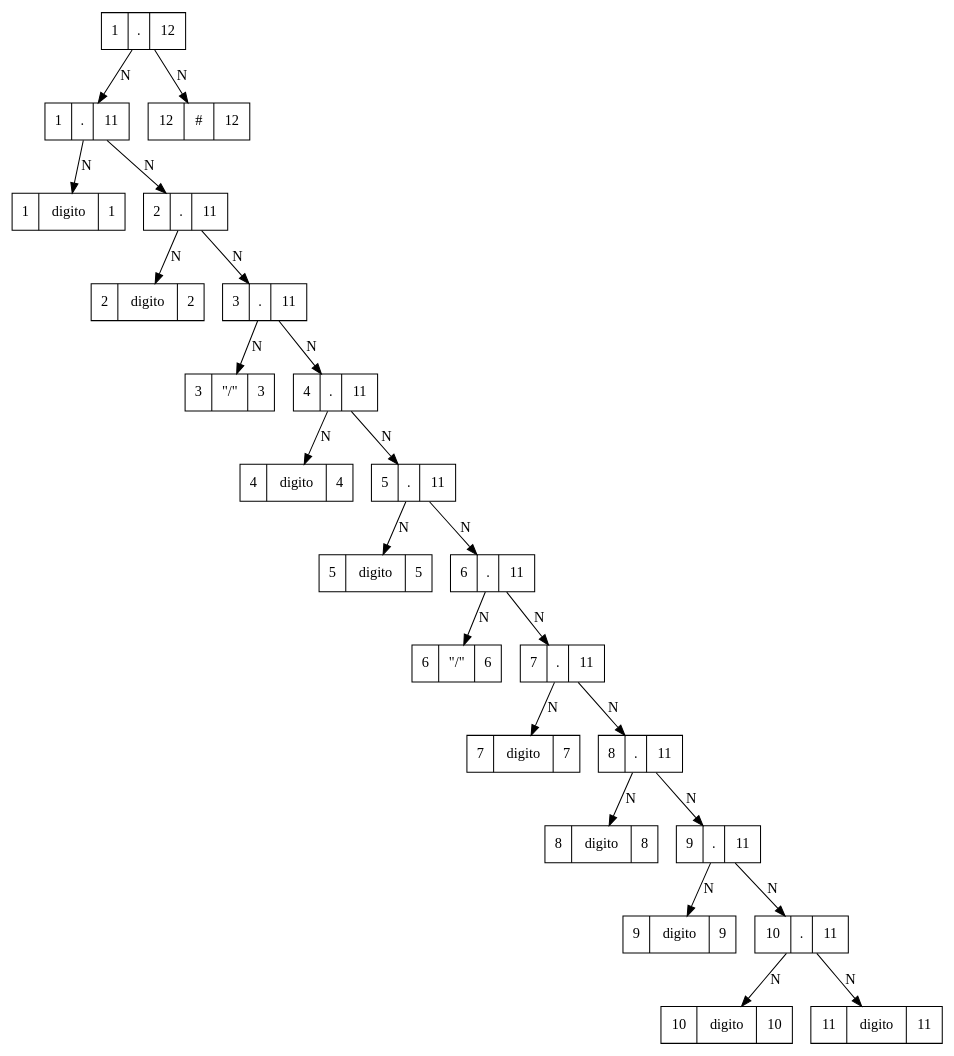
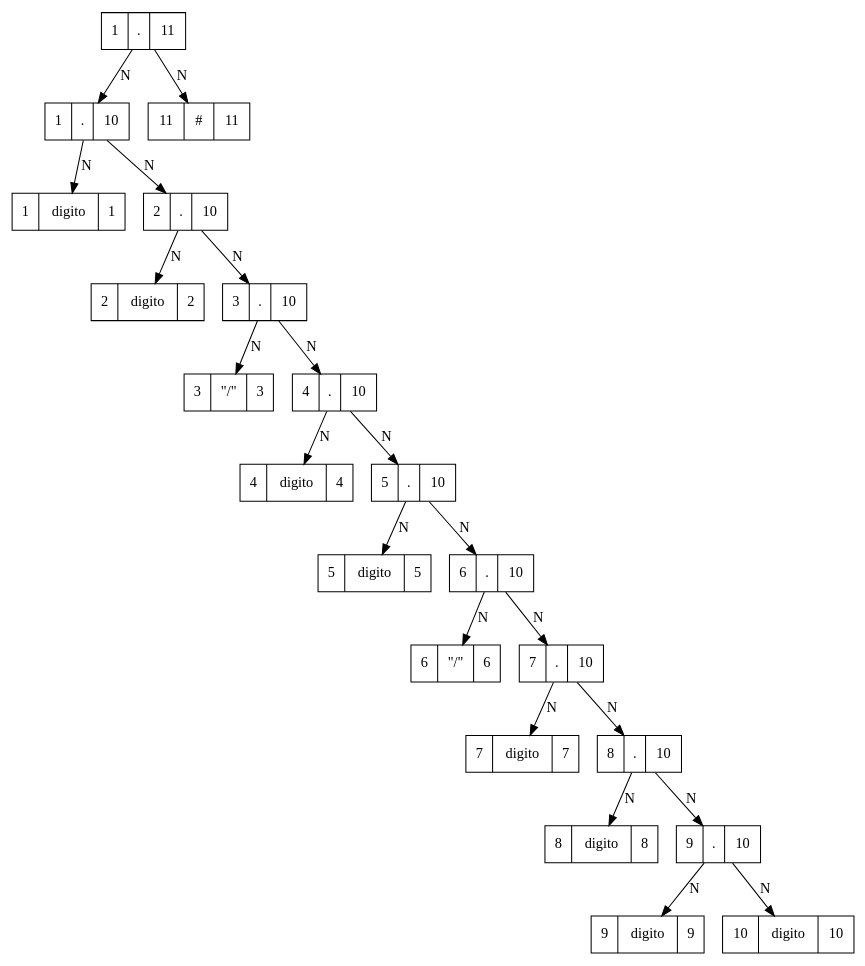
One commit to Gerson7w7/COMPI1_Proyecto1_202000166 changed the diagram in Proyecto1_COMPI1/REPORTES/ARBOLES_202000166/fecha.dot. Above: the diagram before and after it, drawn with Graphviz. The commit also changed 22 other files, not shown here.

```diff
--- a/Proyecto1_COMPI1/REPORTES/ARBOLES_202000166/fecha.dot
+++ b/Proyecto1_COMPI1/REPORTES/ARBOLES_202000166/fecha.dot
@@ -1,49 +1,45 @@
 digraph arbol {
-n1[shape="record" label="1| . |12"]
-n3[shape="record" label="1| . |11"]
+n1[shape="record" label="1| . |11"]
+n3[shape="record" label="1| . |10"]
 n4[shape="record" label="1| {digito} |1"]
-n5[shape="record" label="2| . |11"]
+n5[shape="record" label="2| . |10"]
 n6[shape="record" label="2| {digito} |2"]
-n7[shape="record" label="3| . |11"]
+n7[shape="record" label="3| . |10"]
 n8[shape="record" label="3| \"/\" |3"]
-n9[shape="record" label="4| . |11"]
+n9[shape="record" label="4| . |10"]
 n10[shape="record" label="4| {digito} |4"]
-n11[shape="record" label="5| . |11"]
+n11[shape="record" label="5| . |10"]
 n12[shape="record" label="5| {digito} |5"]
-n13[shape="record" label="6| . |11"]
+n13[shape="record" label="6| . |10"]
 n14[shape="record" label="6| \"/\" |6"]
-n15[shape="record" label="7| . |11"]
+n15[shape="record" label="7| . |10"]
 n16[shape="record" label="7| {digito} |7"]
-n17[shape="record" label="8| . |11"]
+n17[shape="record" label="8| . |10"]
 n18[shape="record" label="8| {digito} |8"]
-n19[shape="record" label="9| . |11"]
+n19[shape="record" label="9| . |10"]
 n20[shape="record" label="9| {digito} |9"]
-n21[shape="record" label="10| . |11"]
-n22[shape="record" label="10| {digito} |10"]
-n23[shape="record" label="11| {digito} |11"]
-n2[shape="record" label="12| # |12"]
+n21[shape="record" label="10| {digito} |10"]
+n2[shape="record" label="11| # |11"]
 
-n21-> n22 [label="N"]
-n21-> n23 [label="N"]
 n19-> n20 [label="N"]
 n19-> n21 [label="N"]
 n17-> n18 [label="N"]
 n17-> n19 [label="N"]
 n15-> n16 [label="N"]
 n15-> n17 [label="N"]
 n13-> n14 [label="N"]
 n13-> n15 [label="N"]
 n11-> n12 [label="N"]
 n11-> n13 [label="N"]
 n9-> n10 [label="N"]
 n9-> n11 [label="N"]
 n7-> n8 [label="N"]
 n7-> n9 [label="N"]
 n5-> n6 [label="N"]
 n5-> n7 [label="N"]
 n3-> n4 [label="N"]
 n3-> n5 [label="N"]
 n1-> n3 [label="N"]
 n1-> n2 [label="N"]
 
 }
```
